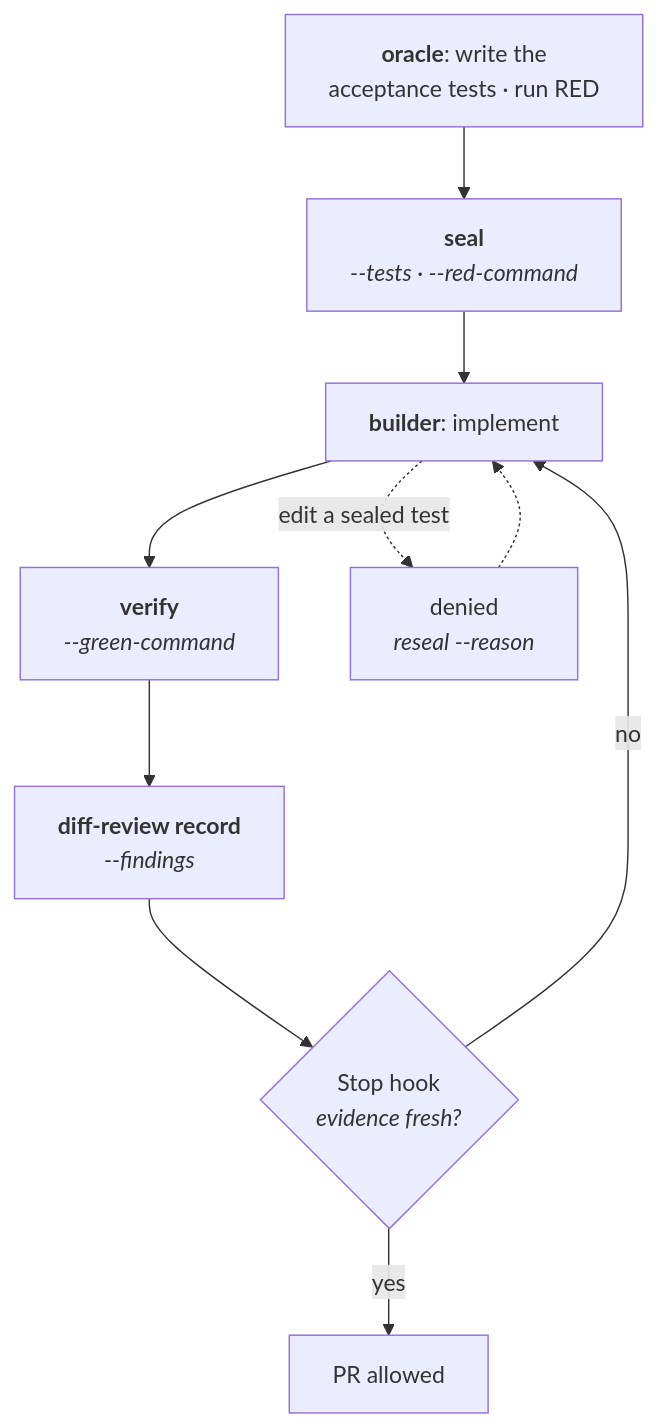
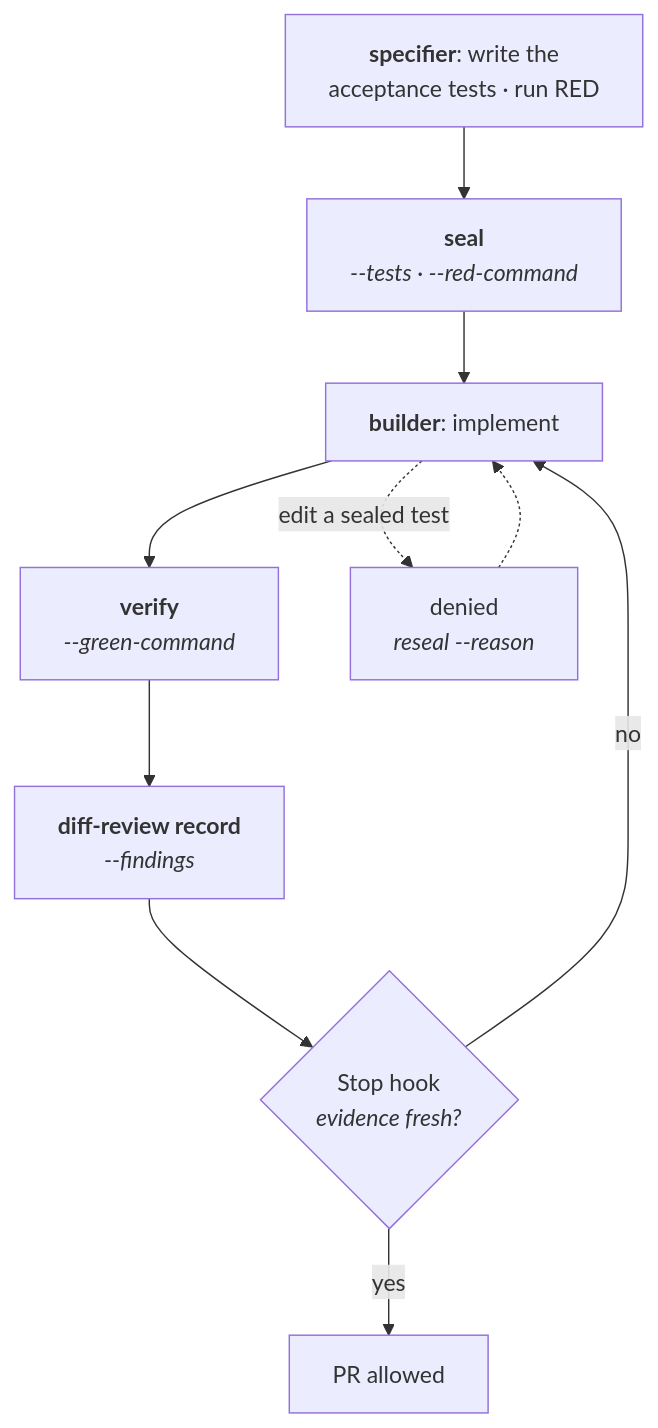
The diagram in docs/gates.md (anvil008/nova), drawn with Mermaid before and after one commit. The commit also changed other lines of this file and 73 other files, not shown here.

Commit message:
agents: settle on plain CS names — specifier, profiler, documenter (ADR 0016); the oracle acceptance-test field keeps its name

````diff
--- a/docs/gates.md
+++ b/docs/gates.md
@@ -7,16 +7,16 @@
 ```mermaid
 flowchart TB
-    Red["<b>oracle</b>: write the<br/>acceptance tests · run RED"]
+    Red["<b>specifier</b>: write the<br/>acceptance tests · run RED"]
     Seal["<b>seal</b><br/><i>--tests · --red-command</i>"]
     Impl["<b>builder</b>: implement"]
     Verify["<b>verify</b><br/><i>--green-command</i>"]
     Review["<b>diff-review record</b><br/><i>--findings</i>"]
     Stop{"Stop hook<br/><i>evidence fresh?</i>"}
     PR["PR allowed"]
 
     Red --> Seal --> Impl --> Verify --> Review --> Stop
     Stop -->|yes| PR
     Stop -->|no| Impl
     Impl -.->|"edit a sealed test"| Denied["denied<br/><i>reseal --reason</i>"]
     Denied -.-> Impl
 ```
````
